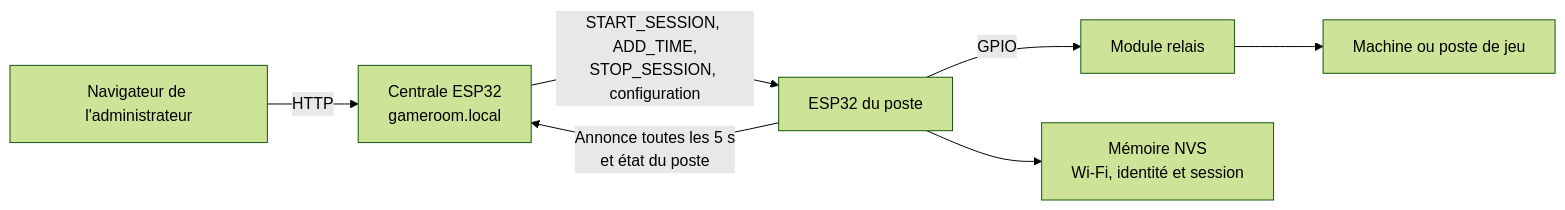
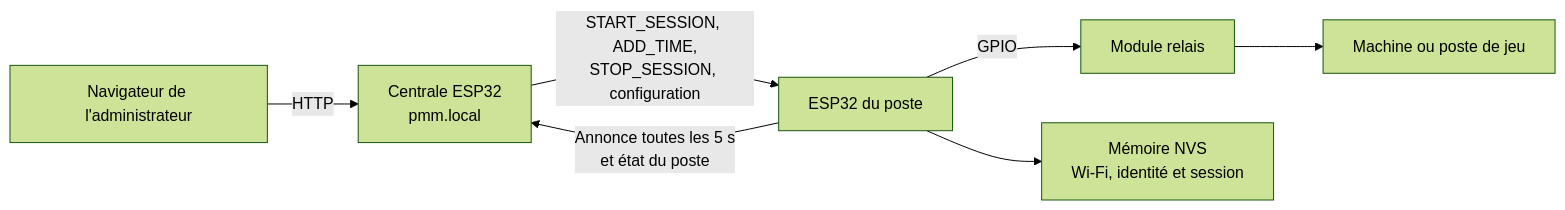
The first of 2 diagrams in poste-esp32/README.md (abdelazizmezri/esp32-monnayeur-central-gameroom), drawn with Mermaid (forest theme) before and after one commit. The commit also changed other lines of this file and 4 other files, not shown here.

Commit message:
change gameroom.local -> pmm.local

````diff
--- a/poste-esp32/README.md
+++ b/poste-esp32/README.md
@@ -41,9 +41,9 @@
 ```mermaid
 flowchart LR
-    Admin["Navigateur de l'administrateur"] -->|HTTP| Central["Centrale ESP32<br>gameroom.local"]
+    Admin["Navigateur de l'administrateur"] -->|HTTP| Central["Centrale ESP32<br>pmm.local"]
     Central -->|"START_SESSION, ADD_TIME,<br>STOP_SESSION, configuration"| Poste["ESP32 du poste"]
     Poste -->|"Annonce toutes les 5 s<br>et état du poste"| Central
     Poste -->|GPIO| Relay["Module relais"]
     Relay --> Machine["Machine ou poste de jeu"]
     Poste --> NVS["Mémoire NVS<br>Wi-Fi, identité et session"]
 ```
````
